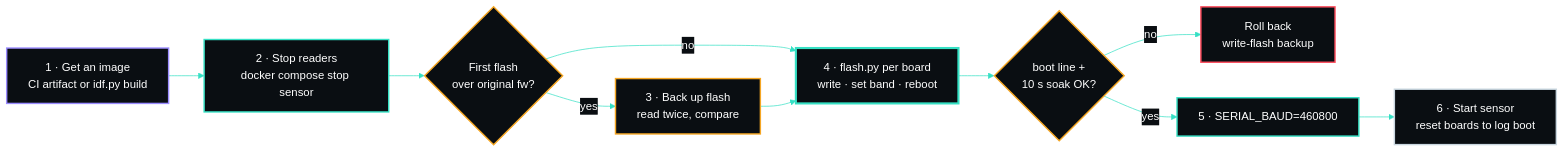
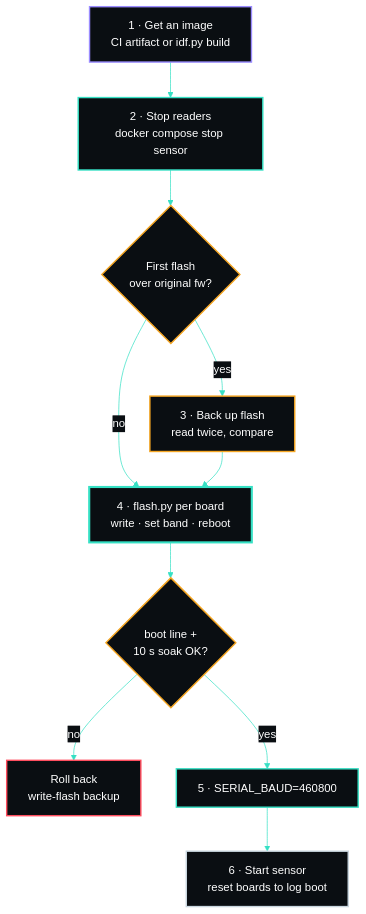
The first of 2 diagrams in docs/flashing.md (gurvinny/spectre), drawn with Mermaid before and after one commit. The commit also changed 2 other files, not shown here.

Commit message:
docs: stack the flashing flow, shorten sequence labels

````diff
--- a/docs/flashing.md
+++ b/docs/flashing.md
@@ -11,48 +11,48 @@
 ```mermaid
 %%{init: {
   'theme': 'base',
   'themeVariables': {
     'primaryColor': '#0a0e12',
     'primaryTextColor': '#fff',
     'primaryBorderColor': '#35E0C4',
     'lineColor': '#35E0C4',
     'secondaryColor': '#0a0e12',
     'tertiaryColor': '#0a0e12',
     'actorBkg': '#0a0e12',
     'actorBorder': '#35E0C4',
     'actorTextColor': '#fff',
     'signalColor': '#35E0C4',
     'signalTextColor': '#6B7C8C',
     'noteBkgColor': '#0a0e12',
     'noteBorderColor': '#9B8CFF',
     'noteTextColor': '#C9D6DF',
     'labelBoxBkgColor': '#0a0e12',
     'labelBoxBorderColor': '#9B8CFF',
     'labelTextColor': '#fff',
     'loopTextColor': '#6B7C8C',
     'activationBkgColor': '#11171d',
     'activationBorderColor': '#35E0C4',
     'fontFamily': 'monospace'
   }
 }}%%
-flowchart LR
+flowchart TB
     G["1 · Get an image<br/>CI artifact or idf.py build"] --> X["2 · Stop readers<br/>docker compose stop sensor"]
     X --> K{"First flash<br/>over original fw?"}
     K -- "yes" --> BK["3 · Back up flash<br/>read twice, compare"]
     K -- "no" --> F
     BK --> F["4 · flash.py per board<br/>write · set band · reboot"]
     F --> V{"boot line +<br/>10 s soak OK?"}
     V -- "no" --> RB["Roll back<br/>write-flash backup"]
     V -- "yes" --> BD["5 · SERIAL_BAUD=460800"]
     BD --> U["6 · Start sensor<br/>reset boards to log boot"]
 
     style G fill:#0a0e12,stroke:#9B8CFF,stroke-width:2px,color:#fff
     style X fill:#0a0e12,stroke:#35E0C4,stroke-width:2px,color:#fff
     style K fill:#0a0e12,stroke:#F5A623,stroke-width:2px,color:#fff
     style BK fill:#0a0e12,stroke:#F5A623,stroke-width:2px,color:#fff
     style F fill:#0a0e12,stroke:#35E0C4,stroke-width:3px,color:#fff
     style V fill:#0a0e12,stroke:#F5A623,stroke-width:2px,color:#fff
     style RB fill:#0a0e12,stroke:#FF4D5E,stroke-width:2px,color:#fff
     style BD fill:#0a0e12,stroke:#35E0C4,stroke-width:2px,color:#fff
     style U fill:#0a0e12,stroke:#C9D6DF,stroke-width:2px,color:#fff
 ```
````
